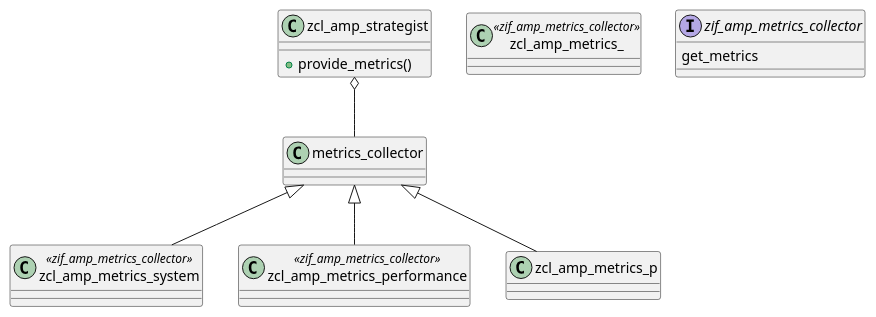
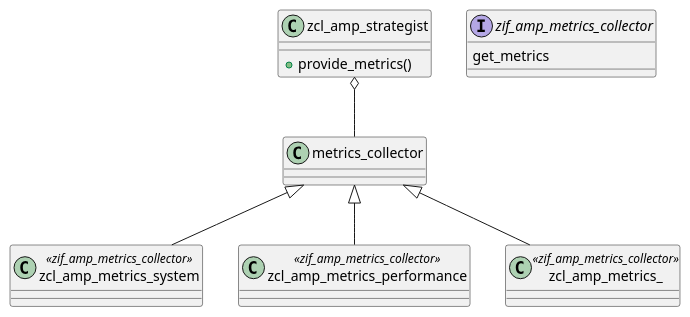
The first of 2 diagrams in architecture/architecture_class.plantuml (abap-observability-tools/abap-metrics-provider), drawn with PlantUML before and after one commit.

Commit message:
class UML typo fixed

```diff
--- a/architecture/architecture_class.plantuml
+++ b/architecture/architecture_class.plantuml
@@ -1,21 +1,21 @@
 @startuml provider
 
 class zcl_amp_strategist{
   + provide_metrics()
 }
 
 class zcl_amp_metrics_system <<zif_amp_metrics_collector>>
 class zcl_amp_metrics_performance <<zif_amp_metrics_collector>>
 class zcl_amp_metrics_ <<zif_amp_metrics_collector>>
 
 interface zif_amp_metrics_collector{
   get_metrics
 }
 
 zcl_amp_strategist o-- metrics_collector
 
 metrics_collector <|-- zcl_amp_metrics_system
 metrics_collector <|-- zcl_amp_metrics_performance
-metrics_collector <|-- zcl_amp_metrics_p
+metrics_collector <|-- zcl_amp_metrics_
 
 @enduml
```
